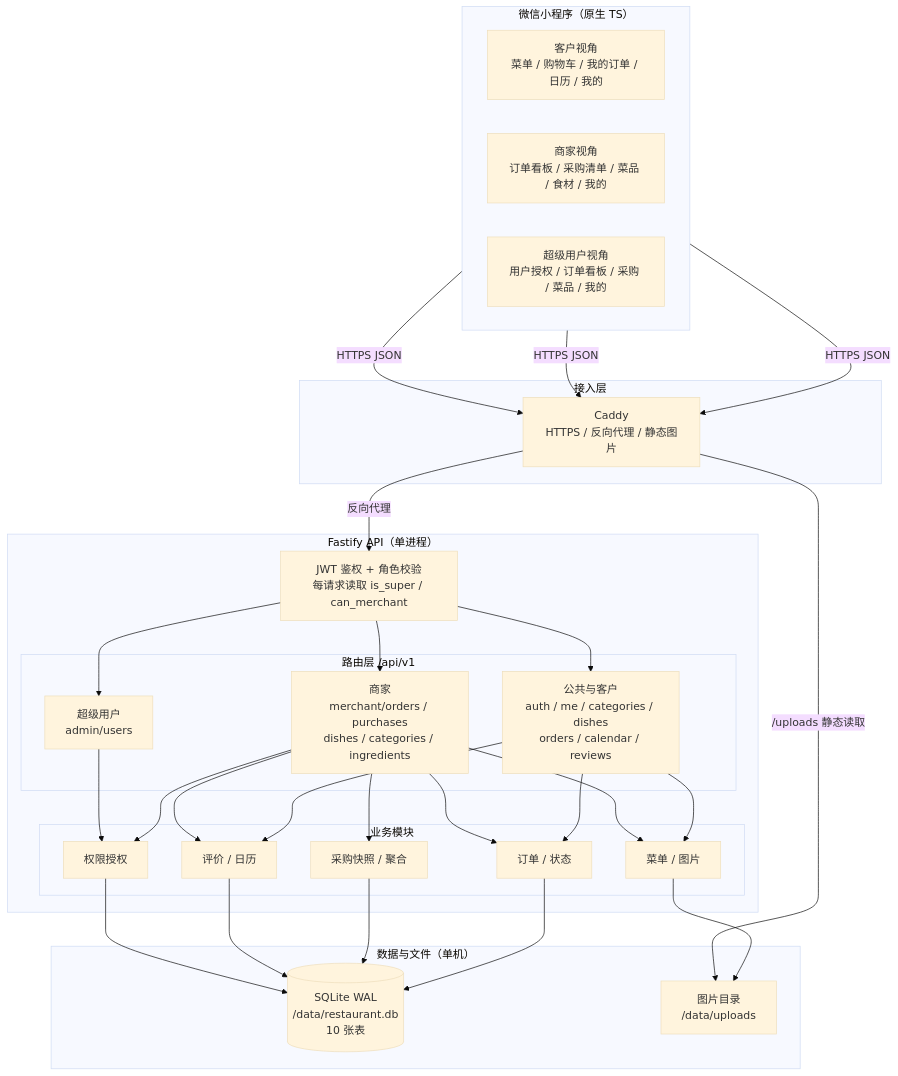
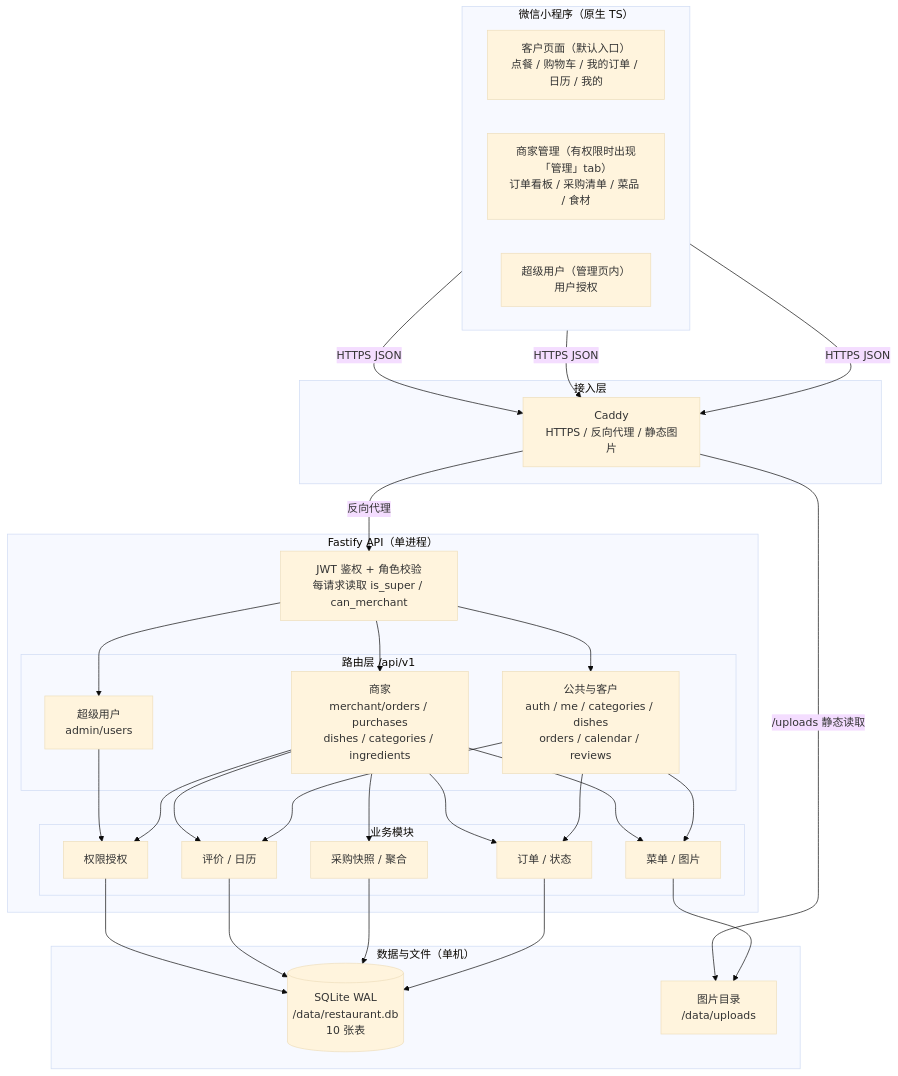
Before and after one commit to zhangguoqiang777/zhang-restaurant: the first of 8 diagrams in docs/架构与数据模型.md, drawn with Mermaid (base theme). The commit also changed other lines of this file and 56 other files, not shown here.

````diff
--- a/docs/架构与数据模型.md
+++ b/docs/架构与数据模型.md
@@ -16,57 +16,57 @@
 ```mermaid
 flowchart TB
   subgraph CLIENT["微信小程序（原生 TS）"]
     direction LR
-    C1["客户视角<br/>菜单 / 购物车 / 我的订单 / 日历 / 我的"]
-    C2["商家视角<br/>订单看板 / 采购清单 / 菜品 / 食材 / 我的"]
-    C3["超级用户视角<br/>用户授权 / 订单看板 / 采购 / 菜品 / 我的"]
+    C1["客户页面（默认入口）<br/>点餐 / 购物车 / 我的订单 / 日历 / 我的"]
+    C2["商家管理（有权限时出现「管理」tab）<br/>订单看板 / 采购清单 / 菜品 / 食材"]
+    C3["超级用户（管理页内）<br/>用户授权"]
   end
 
   subgraph EDGE["接入层"]
     CADDY["Caddy<br/>HTTPS / 反向代理 / 静态图片"]
   end
 
   subgraph SERVER["Fastify API（单进程）"]
     AUTH["JWT 鉴权 + 角色校验<br/>每请求读取 is_super / can_merchant"]
     subgraph ROUTES["路由层 /api/v1"]
       R1["公共与客户<br/>auth / me / categories / dishes<br/>orders / calendar / reviews"]
       R2["商家<br/>merchant/orders / purchases<br/>dishes / categories / ingredients"]
       R3["超级用户<br/>admin/users"]
     end
     subgraph MODULES["业务模块"]
       M1["菜单 / 图片"]
       M2["订单 / 状态"]
       M3["采购快照 / 聚合"]
       M4["评价 / 日历"]
       M5["权限授权"]
     end
   end
 
   subgraph DATA["数据与文件（单机）"]
     DB[("SQLite WAL<br/>/data/restaurant.db<br/>10 张表")]
     FS["图片目录<br/>/data/uploads"]
   end
 
   C1 -->|HTTPS JSON| CADDY
   C2 -->|HTTPS JSON| CADDY
   C3 -->|HTTPS JSON| CADDY
   CADDY -->|反向代理| AUTH
   AUTH --> R1
   AUTH --> R2
   AUTH --> R3
   R1 --> M1
   R1 --> M2
   R1 --> M4
   R2 --> M1
   R2 --> M2
   R2 --> M3
   R2 --> M4
   R2 --> M5
   R3 --> M5
   M1 --> FS
   M2 --> DB
   M3 --> DB
   M4 --> DB
   M5 --> DB
   CADDY -->|/uploads 静态读取| FS
 ```
````
